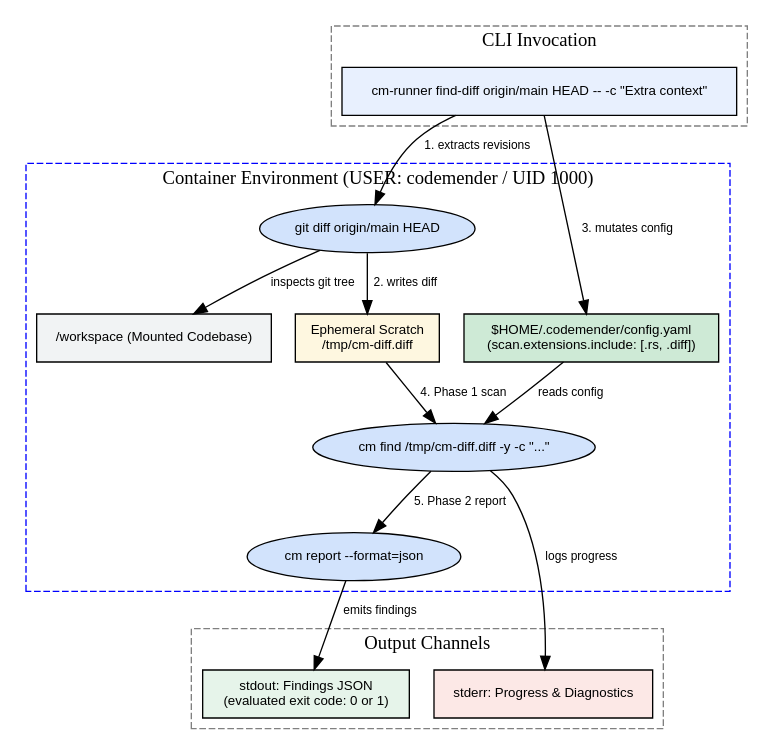
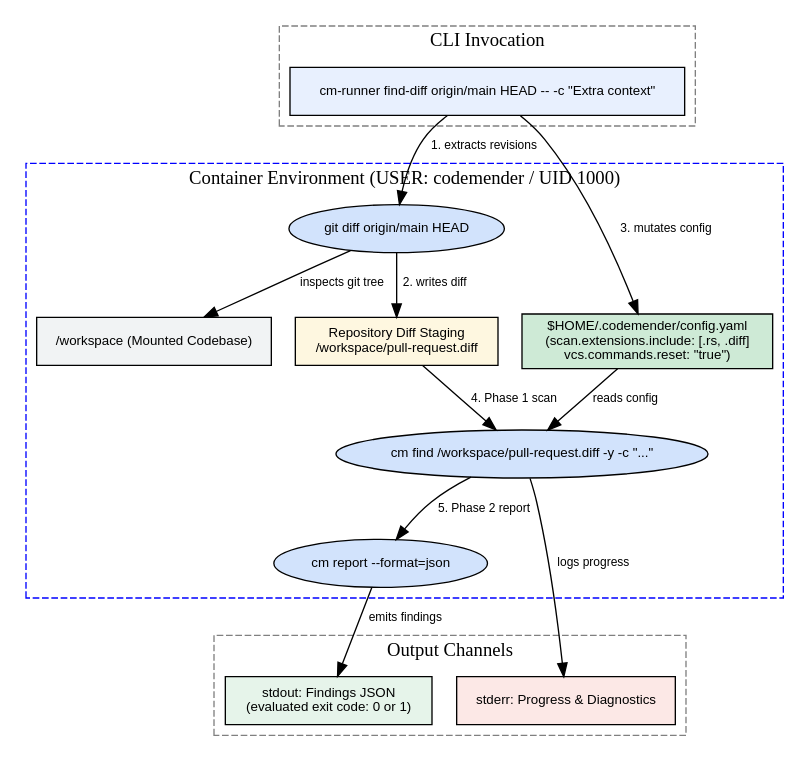
The second of 2 diagrams in adrs/ADR-0007.md (cledoux/cm-connect), drawn with Graphviz before and after one commit. The commit also changed other lines of this file and 9 other files, not shown here.

First line of the commit message:
fix(runner): configure git safe.directory, anchor find-diff in repository root, and disable pre-scan reset (#92)

````diff
--- a/adrs/ADR-0007.md
+++ b/adrs/ADR-0007.md
@@ -225,46 +245,46 @@
 ```dot
 digraph FindDiffArchitecture {
   rankdir=TB;
   node [shape=box, fontname="Helvetica", fontsize=10];
   edge [fontname="Helvetica", fontsize=9];
 
   subgraph cluster_cli {
     label="CLI Invocation";
     style=dashed;
     color=gray;
     Cmd [label="cm-runner find-diff origin/main HEAD -- -c \"Extra context\"", style=filled, fillcolor="#e8f0fe"];
   }
 
   subgraph cluster_container {
     label="Container Environment (USER: codemender / UID 1000)";
     style=dashed;
     color=blue;
 
     Workspace [label="/workspace (Mounted Codebase)", style=filled, fillcolor="#f1f3f4"];
-    ScratchDiff [label="Ephemeral Scratch\n/tmp/cm-diff.diff", style=filled, fillcolor="#fef7e0"];
-    ConfigYAML [label="$HOME/.codemender/config.yaml\n(scan.extensions.include: [.rs, .diff])", style=filled, fillcolor="#ceead6"];
+    WorkspaceDiff [label="Repository Diff Staging\n/workspace/pull-request.diff", style=filled, fillcolor="#fef7e0"];
+    ConfigYAML [label="$HOME/.codemender/config.yaml\n(scan.extensions.include: [.rs, .diff]\nvcs.commands.reset: \"true\")", style=filled, fillcolor="#ceead6"];
     
     GitProc [label="git diff origin/main HEAD", shape=ellipse, style=filled, fillcolor="#d2e3fc"];
-    FindProc [label="cm find /tmp/cm-diff.diff -y -c \"...\"", shape=ellipse, style=filled, fillcolor="#d2e3fc"];
+    FindProc [label="cm find /workspace/pull-request.diff -y -c \"...\"", shape=ellipse, style=filled, fillcolor="#d2e3fc"];
     ReportProc [label="cm report --format=json", shape=ellipse, style=filled, fillcolor="#d2e3fc"];
   }
 
   subgraph cluster_outputs {
     label="Output Channels";
     style=dashed;
     color=gray;
     StdoutJSON [label="stdout: Findings JSON\n(evaluated exit code: 0 or 1)", style=filled, fillcolor="#e6f4ea"];
     StderrLogs [label="stderr: Progress & Diagnostics", style=filled, fillcolor="#fce8e6"];
   }
 
   Cmd -> GitProc [label="1. extracts revisions"];
   GitProc -> Workspace [label="inspects git tree"];
-  GitProc -> ScratchDiff [label="2. writes diff"];
+  GitProc -> WorkspaceDiff [label="2. writes diff"];
   Cmd -> ConfigYAML [label="3. mutates config"];
-  ScratchDiff -> FindProc [label="4. Phase 1 scan"];
+  WorkspaceDiff -> FindProc [label="4. Phase 1 scan"];
   ConfigYAML -> FindProc [label="reads config"];
   FindProc -> StderrLogs [label="logs progress"];
   FindProc -> ReportProc [label="5. Phase 2 report"];
   ReportProc -> StdoutJSON [label="emits findings"];
 }
 ```
````
